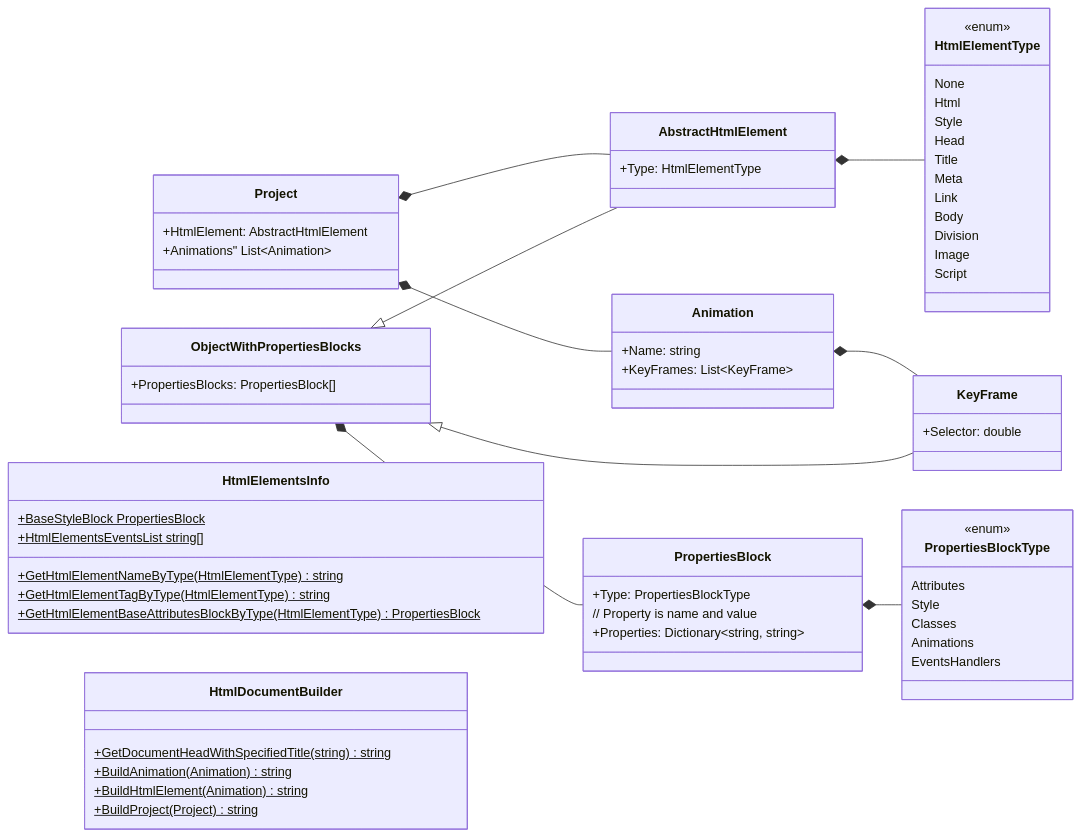
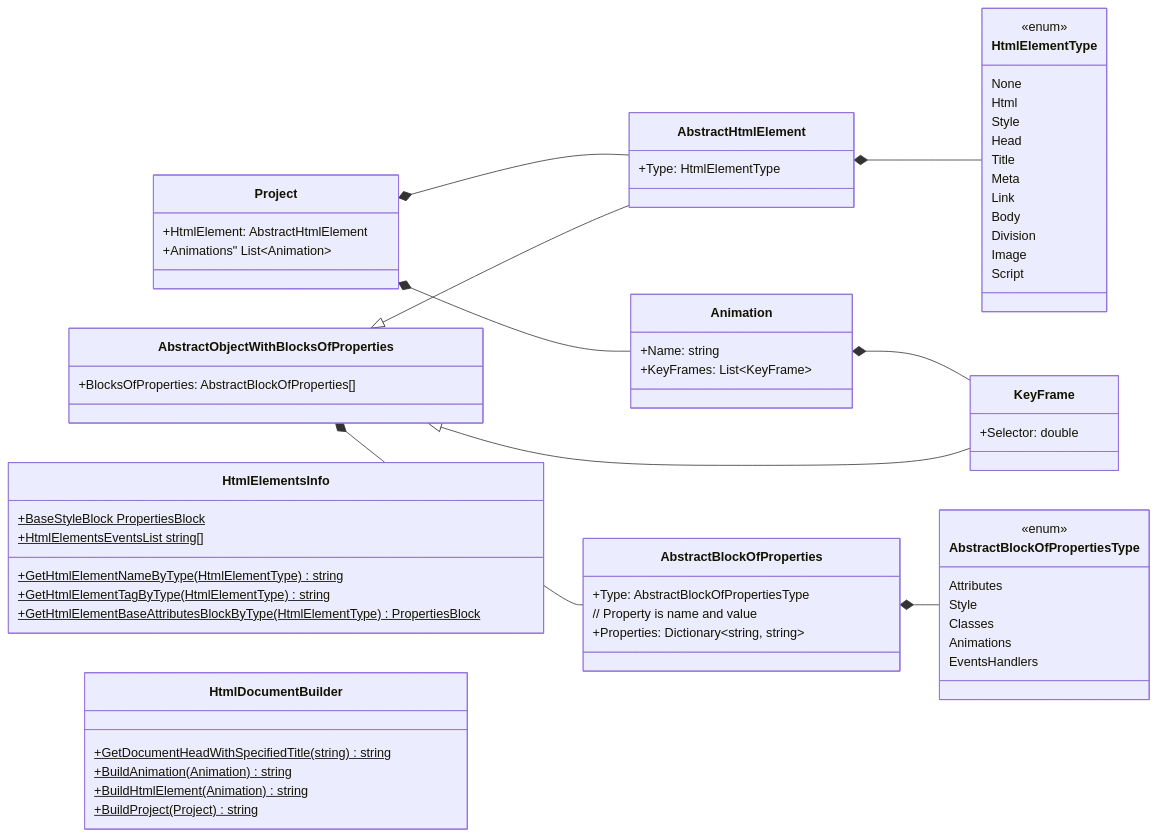
Before and after one commit to NemoNology/WebAnimEdit: the diagram in Descriptions/Class diagram.md, drawn with Mermaid.

Commit message:
Class diagram: fixed some classes names

````diff
--- a/Descriptions/Class diagram.md
+++ b/Descriptions/Class diagram.md
@@ -3,69 +3,69 @@
 ```mermaid
 classDiagram
     direction LR
     class AbstractHtmlElement{
         +Type: HtmlElementType
     }
-    class ObjectWithPropertiesBlocks{
-        +PropertiesBlocks: PropertiesBlock[]
+    class AbstractObjectWithBlocksOfProperties{
+        +BlocksOfProperties: AbstractBlockOfProperties[]
     }
-    class PropertiesBlock{
-        +Type: PropertiesBlockType
+    class AbstractBlockOfProperties{
+        +Type: AbstractBlockOfPropertiesType
         // Property is name and value
         +Properties: Dictionary~string, string~
     }
     class Animation{
         +Name: string
         +KeyFrames: List~KeyFrame~
     }
     class KeyFrame{
         +Selector: double
     }
     class Project{
         +HtmlElement: AbstractHtmlElement
         +Animations" List~Animation~
     }
     class HtmlElementType{
         <<enum>>
         None
         Html
         Style        
         Head
         Title
         Meta
         Link
         Body
         Division
         Image
         Script
     }
-    class PropertiesBlockType{
+    class AbstractBlockOfPropertiesType{
         <<enum>>
         Attributes
         Style
         Classes
         Animations
         EventsHandlers
     }
     class HtmlElementsInfo{
         +GetHtmlElementNameByType(HtmlElementType) string$
         +GetHtmlElementTagByType(HtmlElementType) string$
         +GetHtmlElementBaseAttributesBlockByType(HtmlElementType) PropertiesBlock$
         +BaseStyleBlock PropertiesBlock$
         +HtmlElementsEventsList string[]$
     }
     class HtmlDocumentBuilder{
         +GetDocumentHeadWithSpecifiedTitle(string) string$
         +BuildAnimation(Animation) string$
         +BuildHtmlElement(Animation) string$
         +BuildProject(Project) string$
     }
-    ObjectWithPropertiesBlocks<|--AbstractHtmlElement
-    ObjectWithPropertiesBlocks<|--KeyFrame
-    ObjectWithPropertiesBlocks*--PropertiesBlock
-    PropertiesBlock*--PropertiesBlockType
+    AbstractObjectWithBlocksOfProperties<|--AbstractHtmlElement
+    AbstractObjectWithBlocksOfProperties<|--KeyFrame
+    AbstractObjectWithBlocksOfProperties*--AbstractBlockOfProperties
+    AbstractBlockOfProperties*--AbstractBlockOfPropertiesType
     Animation*--KeyFrame
     AbstractHtmlElement*--HtmlElementType
     Project*--AbstractHtmlElement
     Project*--Animation
 ```
````
